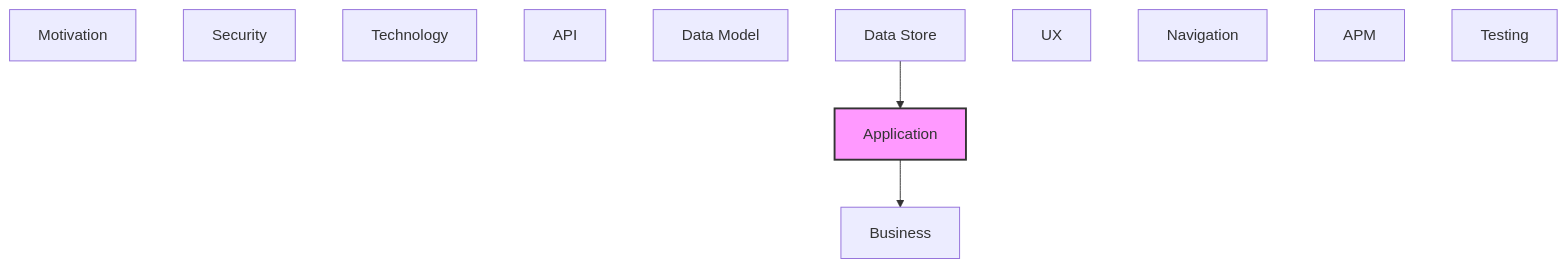
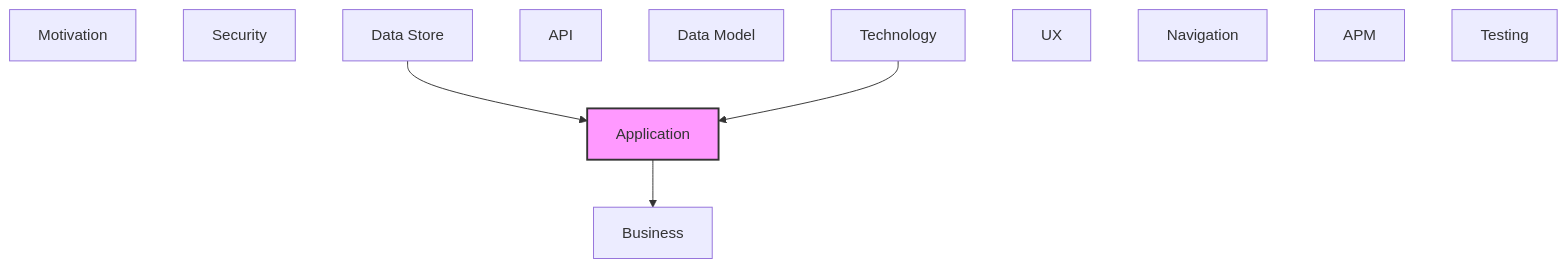
Before and after one commit to tinkermonkey/context-studio: the second of 2 diagrams in documentation-robotics/reports/04-application-layer-report.md, drawn with Mermaid. The commit also changed other lines of this file and 10 other files, not shown here.

First line of the commit message:
Ingest application, technology, data-model layers via dr-map/dr-relate

````diff
--- a/documentation-robotics/reports/04-application-layer-report.md
+++ b/documentation-robotics/reports/04-application-layer-report.md
@@ -42,19 +73,20 @@
 ```mermaid
 flowchart TB
   classDef current fill:#f9f,stroke:#333,stroke-width:2px
   motivation["Motivation"]
   business["Business"]
   security["Security"]
   application["Application"]
   technology["Technology"]
   api["API"]
   data_model["Data Model"]
   data_store["Data Store"]
   ux["UX"]
   navigation["Navigation"]
   apm["APM"]
   testing["Testing"]
   application --> business
   data_store --> application
+  technology --> application
   class application current
 ```
````
